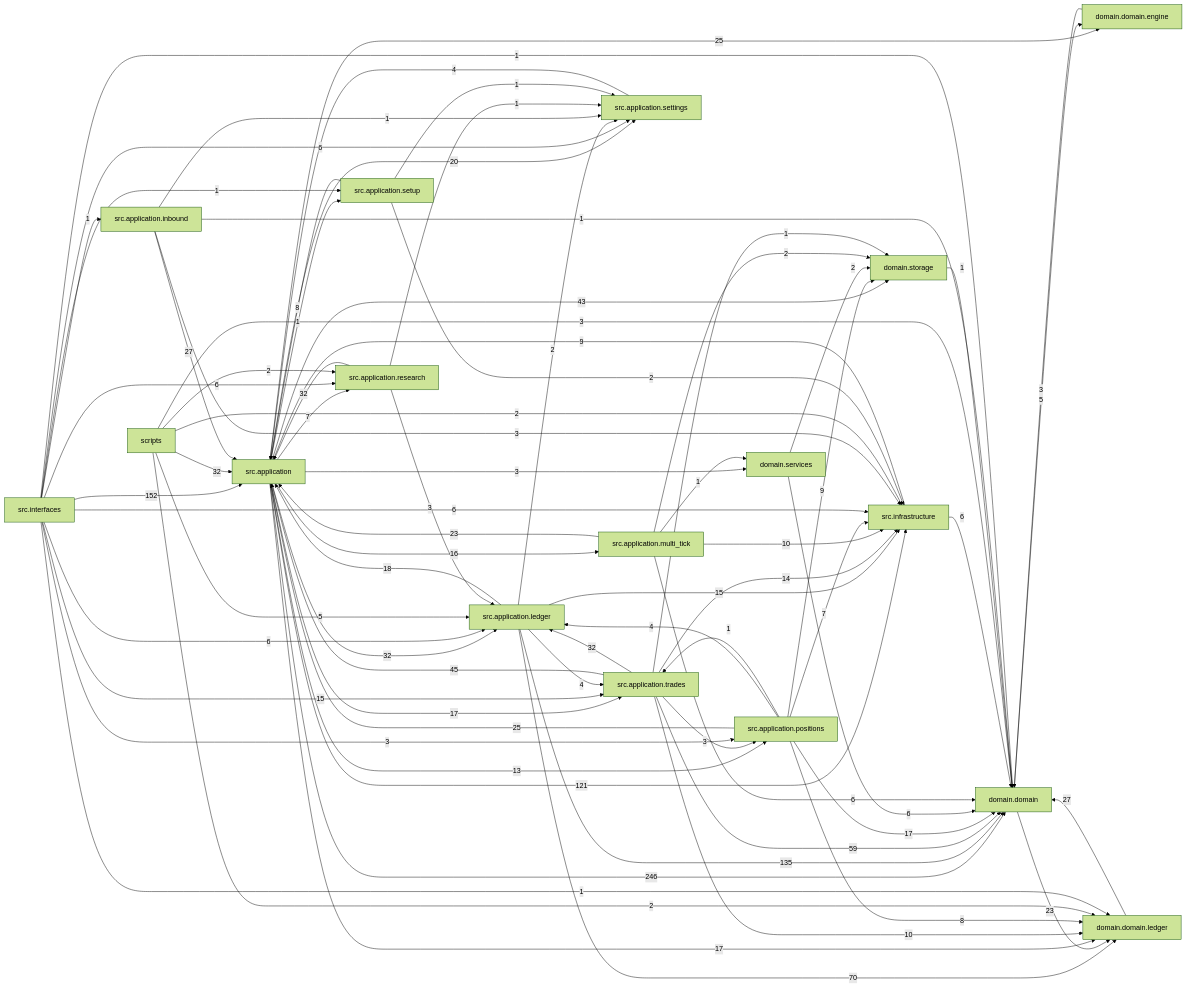
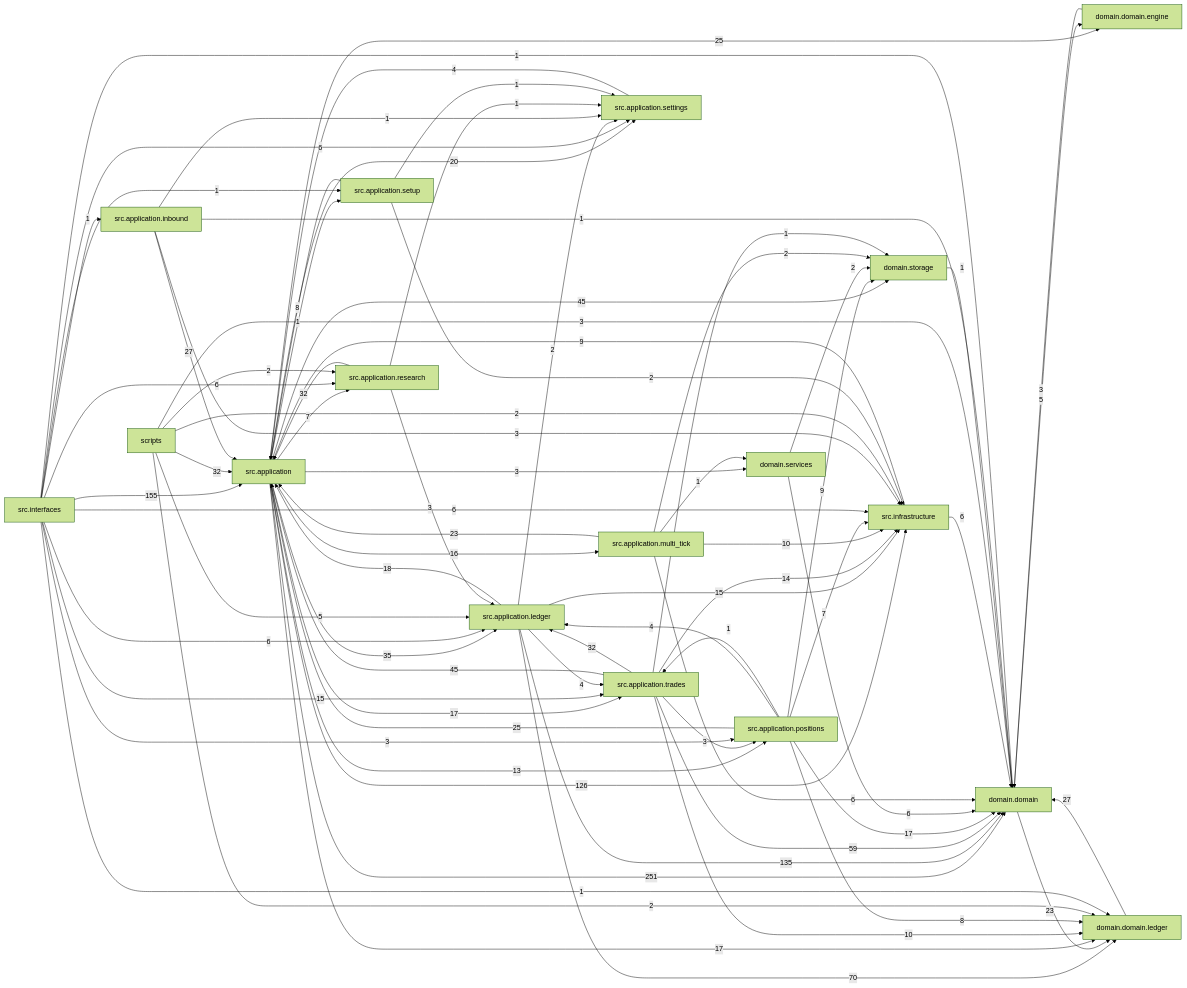
Before and after one commit to liuxie066/options-monitor: the diagram in docs/dependency_graph.mmd, drawn with Mermaid (forest theme). The commit also changed 19 other files, not shown here.

```diff
--- a/docs/dependency_graph.mmd
+++ b/docs/dependency_graph.mmd
@@ -1,76 +1,76 @@
 flowchart LR
-  src_application["src.application"] -->|246| domain_domain["domain.domain"]
-  src_interfaces["src.interfaces"] -->|152| src_application["src.application"]
+  src_application["src.application"] -->|251| domain_domain["domain.domain"]
+  src_interfaces["src.interfaces"] -->|155| src_application["src.application"]
   src_application_ledger["src.application.ledger"] -->|135| domain_domain["domain.domain"]
-  src_application["src.application"] -->|121| src_infrastructure["src.infrastructure"]
+  src_application["src.application"] -->|126| src_infrastructure["src.infrastructure"]
   src_application_ledger["src.application.ledger"] -->|70| domain_domain_ledger["domain.domain.ledger"]
   src_application_trades["src.application.trades"] -->|59| domain_domain["domain.domain"]
+  src_application["src.application"] -->|45| domain_storage["domain.storage"]
   src_application_trades["src.application.trades"] -->|45| src_application["src.application"]
-  src_application["src.application"] -->|43| domain_storage["domain.storage"]
+  src_application["src.application"] -->|35| src_application_ledger["src.application.ledger"]
   scripts["scripts"] -->|32| src_application["src.application"]
-  src_application["src.application"] -->|32| src_application_ledger["src.application.ledger"]
   src_application_research["src.application.research"] -->|32| src_application["src.application"]
   src_application_trades["src.application.trades"] -->|32| src_application_ledger["src.application.ledger"]
   domain_domain_ledger["domain.domain.ledger"] -->|27| domain_domain["domain.domain"]
   src_application_inbound["src.application.inbound"] -->|27| src_application["src.application"]
   src_application["src.application"] -->|25| domain_domain_engine["domain.domain.engine"]
   src_application_positions["src.application.positions"] -->|25| src_application["src.application"]
   domain_domain["domain.domain"] -->|23| domain_domain_ledger["domain.domain.ledger"]
   src_application_multi_tick["src.application.multi_tick"] -->|23| src_application["src.application"]
   src_application["src.application"] -->|20| src_application_settings["src.application.settings"]
   src_application_ledger["src.application.ledger"] -->|18| src_application["src.application"]
   src_application["src.application"] -->|17| domain_domain_ledger["domain.domain.ledger"]
   src_application["src.application"] -->|17| src_application_trades["src.application.trades"]
   src_application_positions["src.application.positions"] -->|17| domain_domain["domain.domain"]
   src_application["src.application"] -->|16| src_application_multi_tick["src.application.multi_tick"]
   src_application_ledger["src.application.ledger"] -->|15| src_infrastructure["src.infrastructure"]
   src_interfaces["src.interfaces"] -->|15| src_application_trades["src.application.trades"]
   src_application_trades["src.application.trades"] -->|14| src_infrastructure["src.infrastructure"]
   src_application["src.application"] -->|13| src_application_positions["src.application.positions"]
   src_application_multi_tick["src.application.multi_tick"] -->|10| src_infrastructure["src.infrastructure"]
   src_application_trades["src.application.trades"] -->|10| domain_domain_ledger["domain.domain.ledger"]
   src_application_positions["src.application.positions"] -->|9| domain_storage["domain.storage"]
   src_infrastructure["src.infrastructure"] -->|9| src_application["src.application"]
   src_application_positions["src.application.positions"] -->|8| domain_domain_ledger["domain.domain.ledger"]
   src_application_setup["src.application.setup"] -->|8| src_application["src.application"]
   src_application["src.application"] -->|7| src_application_research["src.application.research"]
   src_application_positions["src.application.positions"] -->|7| src_infrastructure["src.infrastructure"]
   domain_services["domain.services"] -->|6| domain_domain["domain.domain"]
   src_application_multi_tick["src.application.multi_tick"] -->|6| domain_domain["domain.domain"]
   src_infrastructure["src.infrastructure"] -->|6| domain_domain["domain.domain"]
   src_interfaces["src.interfaces"] -->|6| src_application_ledger["src.application.ledger"]
   src_interfaces["src.interfaces"] -->|6| src_application_research["src.application.research"]
   src_interfaces["src.interfaces"] -->|6| src_application_settings["src.application.settings"]
   src_interfaces["src.interfaces"] -->|6| src_infrastructure["src.infrastructure"]
   domain_domain["domain.domain"] -->|5| domain_domain_engine["domain.domain.engine"]
   scripts["scripts"] -->|5| src_application_ledger["src.application.ledger"]
   src_application_ledger["src.application.ledger"] -->|4| src_application_trades["src.application.trades"]
   src_application_positions["src.application.positions"] -->|4| src_application_ledger["src.application.ledger"]
   src_application_settings["src.application.settings"] -->|4| src_application["src.application"]
   domain_domain_engine["domain.domain.engine"] -->|3| domain_domain["domain.domain"]
   scripts["scripts"] -->|3| domain_domain["domain.domain"]
   src_application["src.application"] -->|3| domain_services["domain.services"]
   src_application_inbound["src.application.inbound"] -->|3| src_infrastructure["src.infrastructure"]
   src_application_research["src.application.research"] -->|3| src_application_ledger["src.application.ledger"]
   src_application_trades["src.application.trades"] -->|3| src_application_positions["src.application.positions"]
   src_interfaces["src.interfaces"] -->|3| src_application_positions["src.application.positions"]
   domain_services["domain.services"] -->|2| domain_storage["domain.storage"]
   scripts["scripts"] -->|2| domain_domain_ledger["domain.domain.ledger"]
   scripts["scripts"] -->|2| src_application_research["src.application.research"]
   scripts["scripts"] -->|2| src_infrastructure["src.infrastructure"]
   src_application_ledger["src.application.ledger"] -->|2| src_application_settings["src.application.settings"]
   src_application_multi_tick["src.application.multi_tick"] -->|2| domain_storage["domain.storage"]
   src_application_setup["src.application.setup"] -->|2| src_infrastructure["src.infrastructure"]
   domain_storage["domain.storage"] -->|1| domain_domain["domain.domain"]
   src_application["src.application"] -->|1| src_application_setup["src.application.setup"]
   src_application_inbound["src.application.inbound"] -->|1| domain_domain["domain.domain"]
   src_application_inbound["src.application.inbound"] -->|1| src_application_settings["src.application.settings"]
   src_application_multi_tick["src.application.multi_tick"] -->|1| domain_services["domain.services"]
   src_application_positions["src.application.positions"] -->|1| src_application_trades["src.application.trades"]
   src_application_research["src.application.research"] -->|1| src_application_settings["src.application.settings"]
   src_application_setup["src.application.setup"] -->|1| src_application_settings["src.application.settings"]
   src_application_trades["src.application.trades"] -->|1| domain_storage["domain.storage"]
   src_interfaces["src.interfaces"] -->|1| domain_domain["domain.domain"]
   src_interfaces["src.interfaces"] -->|1| domain_domain_ledger["domain.domain.ledger"]
   src_interfaces["src.interfaces"] -->|1| src_application_inbound["src.application.inbound"]
   src_interfaces["src.interfaces"] -->|1| src_application_setup["src.application.setup"]
```
